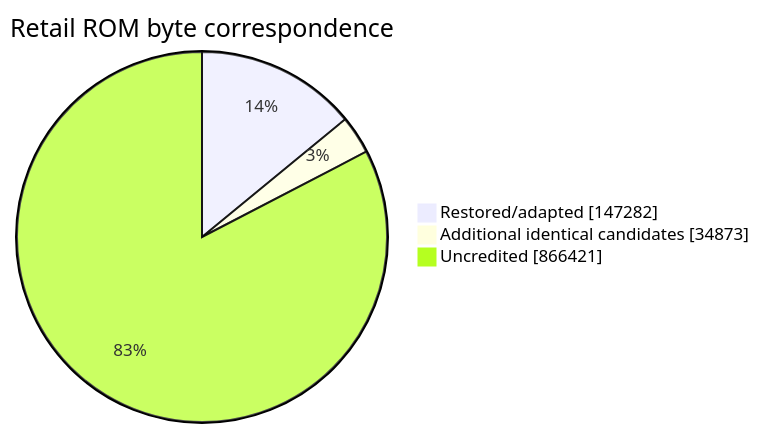
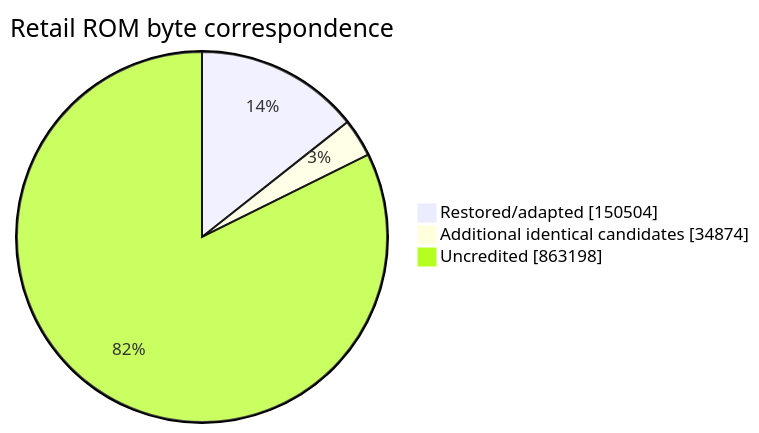
Before and after one commit to NachtRaveVL/stuntracefx: the second of 2 diagrams in readme.md, drawn with Mermaid. The commit also changed other lines of this file and 11 other files, not shown here.

````diff
--- a/readme.md
+++ b/readme.md
@@ -106,7 +106,7 @@
 ```mermaid
 pie showData
     title Retail ROM byte correspondence
-    "Restored/adapted" : 147282
-    "Additional identical candidates" : 34873
-    "Uncredited" : 866421
+    "Restored/adapted" : 150504
+    "Additional identical candidates" : 34874
+    "Uncredited" : 863198
 ```
````
